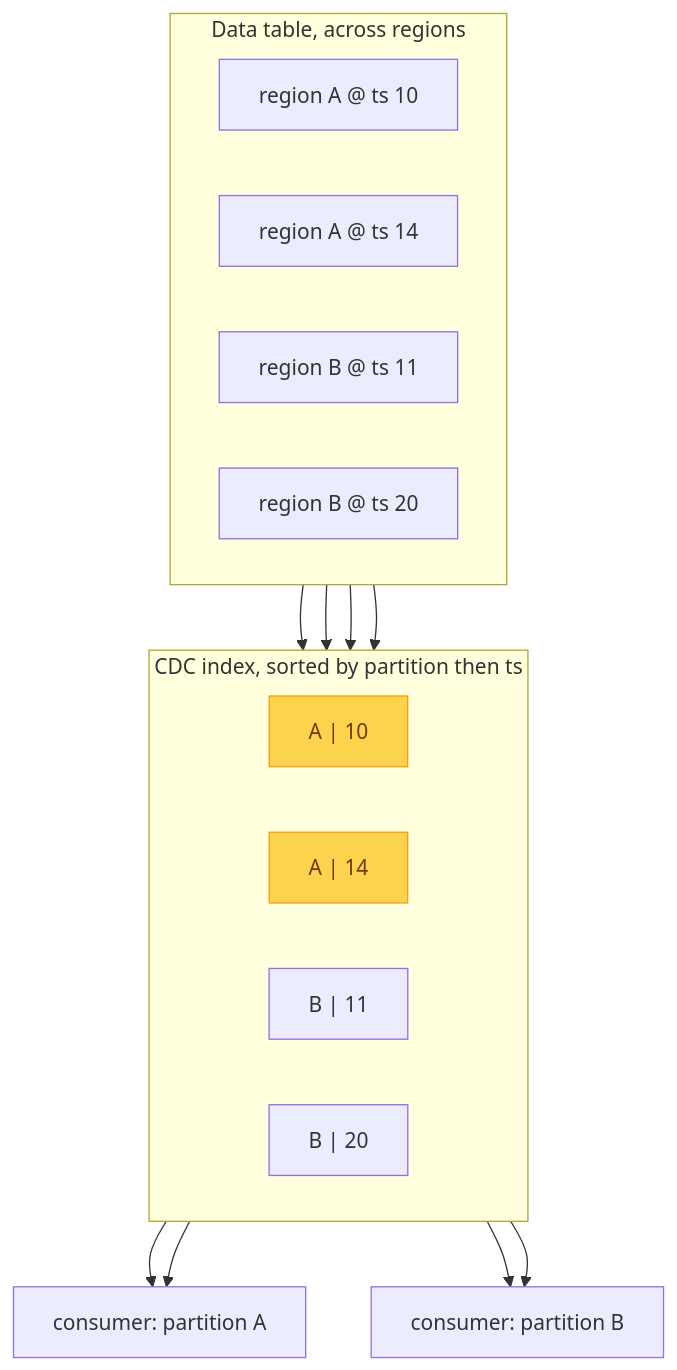
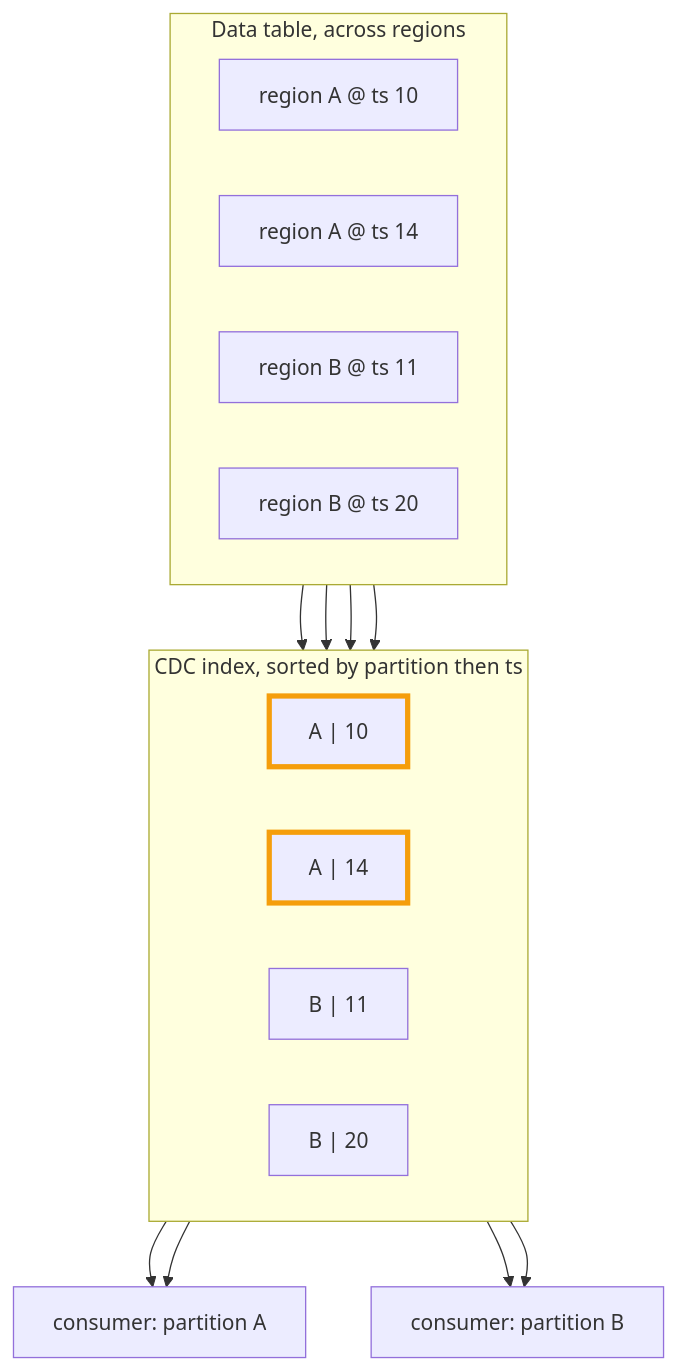
Before and after one commit to palashc/palashc.github.io: the diagram in src/content/blog/phoenix-features/cdc.md, drawn with Mermaid. The commit also changed 21 other files, not shown here.

````diff
--- a/src/content/blog/phoenix-features/cdc.md
+++ b/src/content/blog/phoenix-features/cdc.md
@@ -36,29 +36,29 @@
 ```mermaid
 flowchart TB
   subgraph data ["Data table, across regions"]
     direction LR
     a1["region A @ ts 10"]
     a2["region A @ ts 14"]
     b1["region B @ ts 11"]
     b2["region B @ ts 20"]
   end
   subgraph idx ["CDC index, sorted by partition then ts"]
     direction LR
     iA1["A | 10"]
     iA2["A | 14"]
     iB1["B | 11"]
     iB2["B | 20"]
   end
   cA["consumer: partition A"]
   cB["consumer: partition B"]
   a1 --> iA1
   a2 --> iA2
   b1 --> iB1
   b2 --> iB2
   iA1 --> cA
   iA2 --> cA
   iB1 --> cB
   iB2 --> cB
-  style iA1 fill:#fcd34d,color:#78350f,stroke:#f59e0b
-  style iA2 fill:#fcd34d,color:#78350f,stroke:#f59e0b
+  style iA1 stroke:#f59e0b,stroke-width:4px
+  style iA2 stroke:#f59e0b,stroke-width:4px
 ```
````
